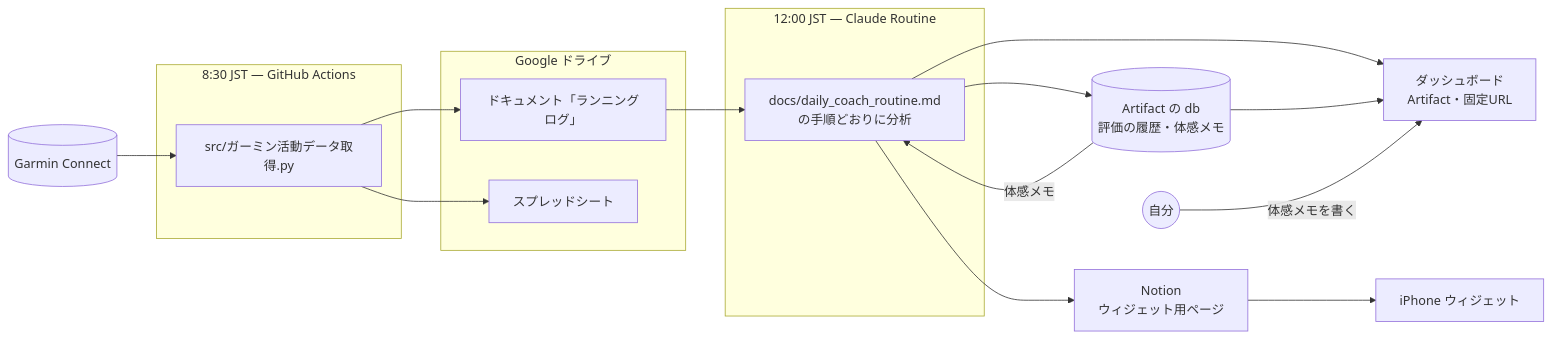
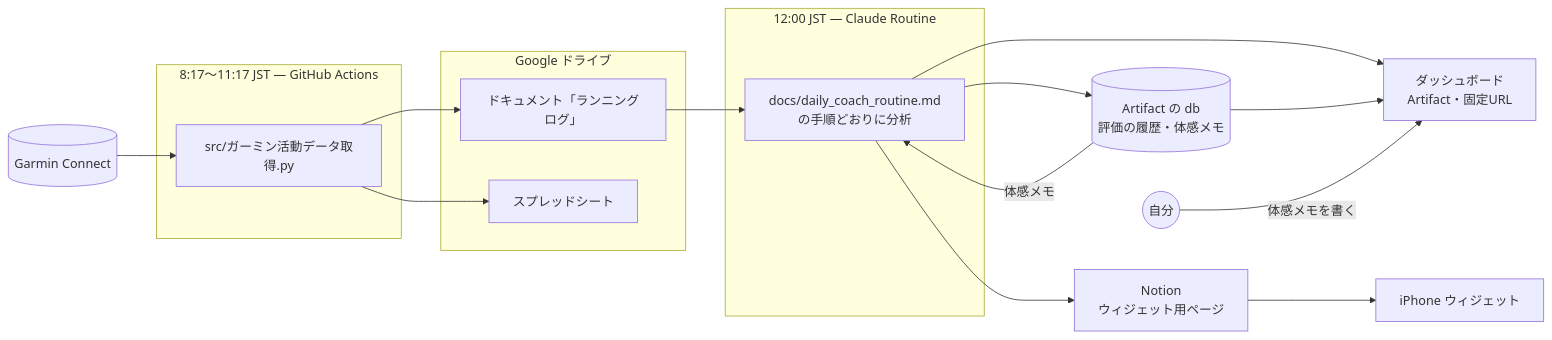
The diagram in README.md (tonpe3141-ctrl/garmin-to-notion), drawn with Mermaid before and after one commit. The commit also changed other lines of this file and 6 other files, not shown here.

````diff
--- a/README.md
+++ b/README.md
@@ -11,27 +11,27 @@
 ```mermaid
 graph LR
     Garmin[(Garmin Connect)]
-    subgraph "8:30 JST — GitHub Actions"
+    subgraph "8:17〜11:17 JST — GitHub Actions"
         Sync[src/ガーミン活動データ取得.py]
     end
     subgraph "Google ドライブ"
         Doc[ドキュメント「ランニングログ」]
         Sheet[スプレッドシート]
     end
     subgraph "12:00 JST — Claude Routine"
         Coach[docs/daily_coach_routine.md<br>の手順どおりに分析]
     end
     Dash[ダッシュボード<br>Artifact・固定URL]
     DB[(Artifact の db<br>評価の履歴・体感メモ)]
     Me((自分))
     NotionPage[Notion<br>ウィジェット用ページ]
     Widget[iPhone ウィジェット]
 
     Garmin --> Sync --> Doc & Sheet
     Doc --> Coach
     Coach --> Dash & DB & NotionPage
     DB --> Dash
     DB -->|体感メモ| Coach
     Me -->|体感メモを書く| Dash
     NotionPage --> Widget
 ```
````
